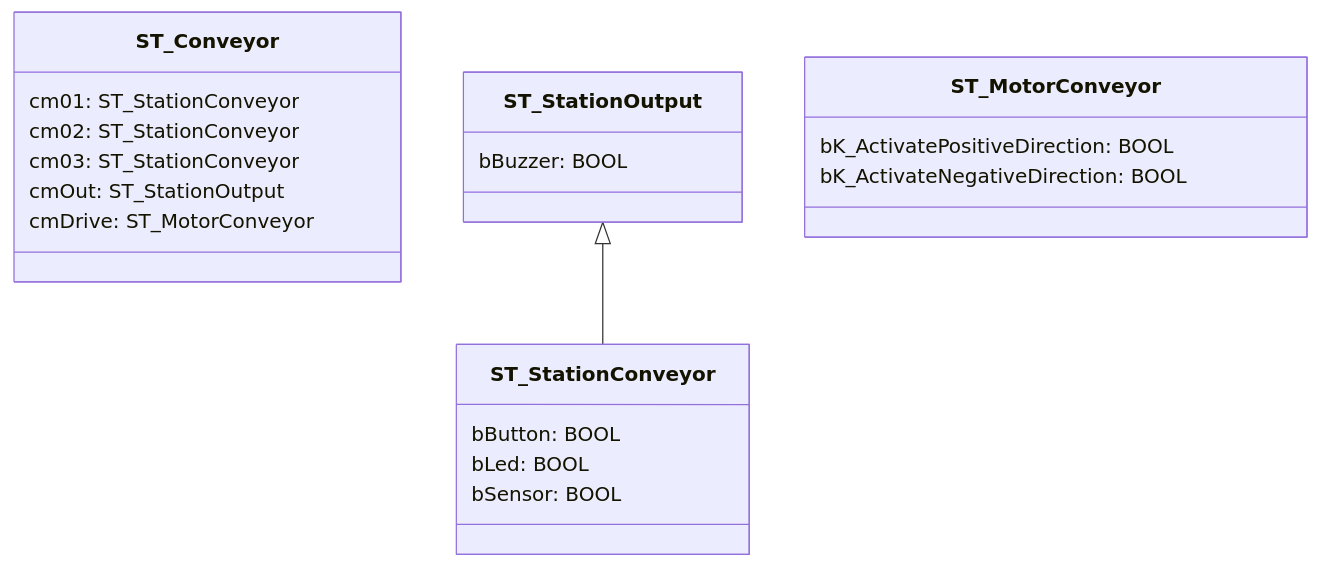
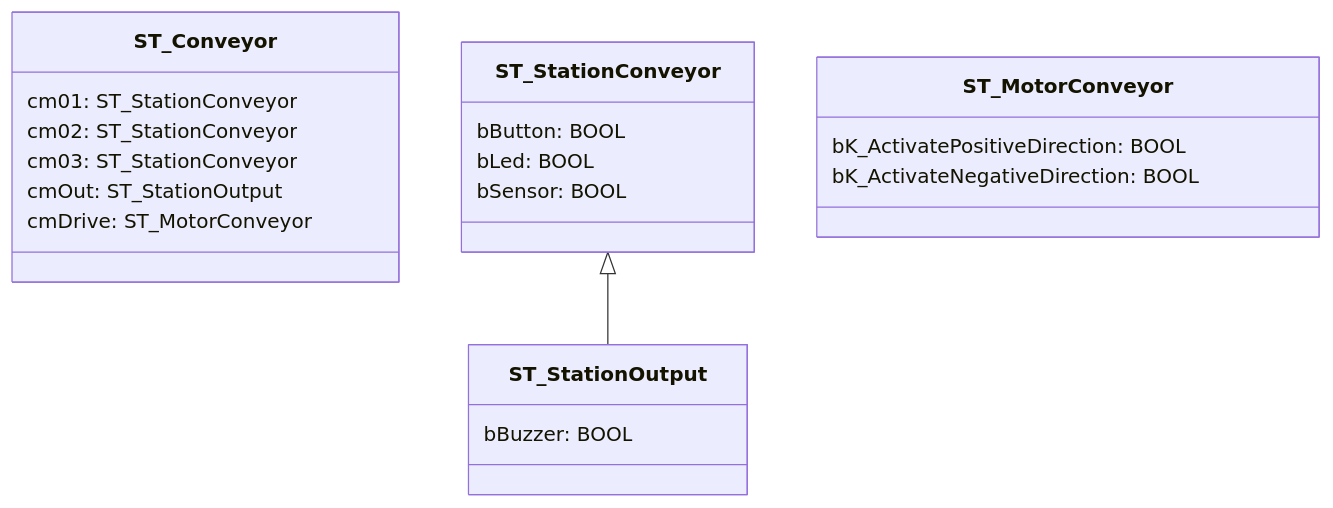
One commit to hei-synd-autb/autb-lab-02_2025 changed the second of 3 diagrams in README_DE.md. Above: the diagram before and after it, drawn with Mermaid. The commit also changed 1 other file, not shown here.

Commit message:
Invert Heritage

````diff
--- a/README_DE.md
+++ b/README_DE.md
@@ -68,23 +68,24 @@
 ```mermaid
 classDiagram
     class ST_Conveyor {
         cm01: ST_StationConveyor
         cm02: ST_StationConveyor
         cm03: ST_StationConveyor
         cmOut: ST_StationOutput
         cmDrive: ST_MotorConveyor
     }
     class ST_StationConveyor {
         bButton: BOOL
         bLed: BOOL
         bSensor: BOOL
     }
     class ST_StationOutput {
         bBuzzer: BOOL
     }
     class ST_MotorConveyor {
         bK_ActivatePositiveDirection: BOOL
         bK_ActivateNegativeDirection: BOOL
     }
-    ST_StationOutput <|-- ST_StationConveyor
+
+    ST_StationConveyor <|-- ST_StationOutput
 ```
````
